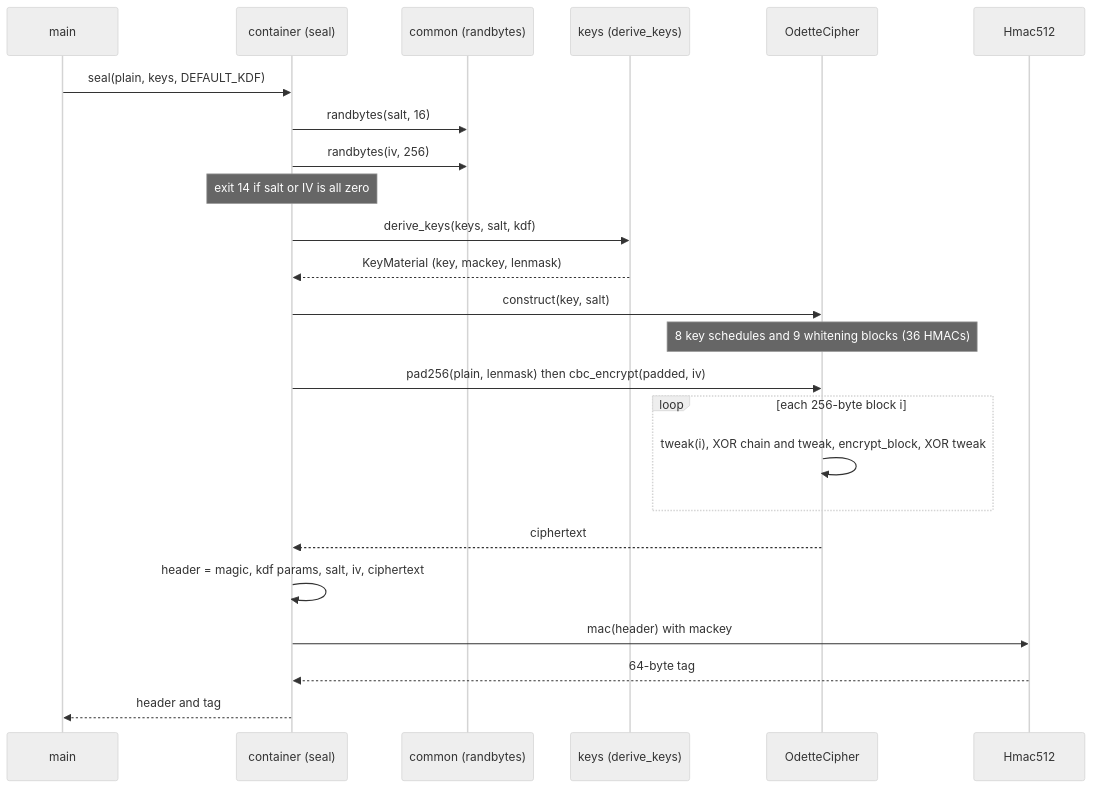
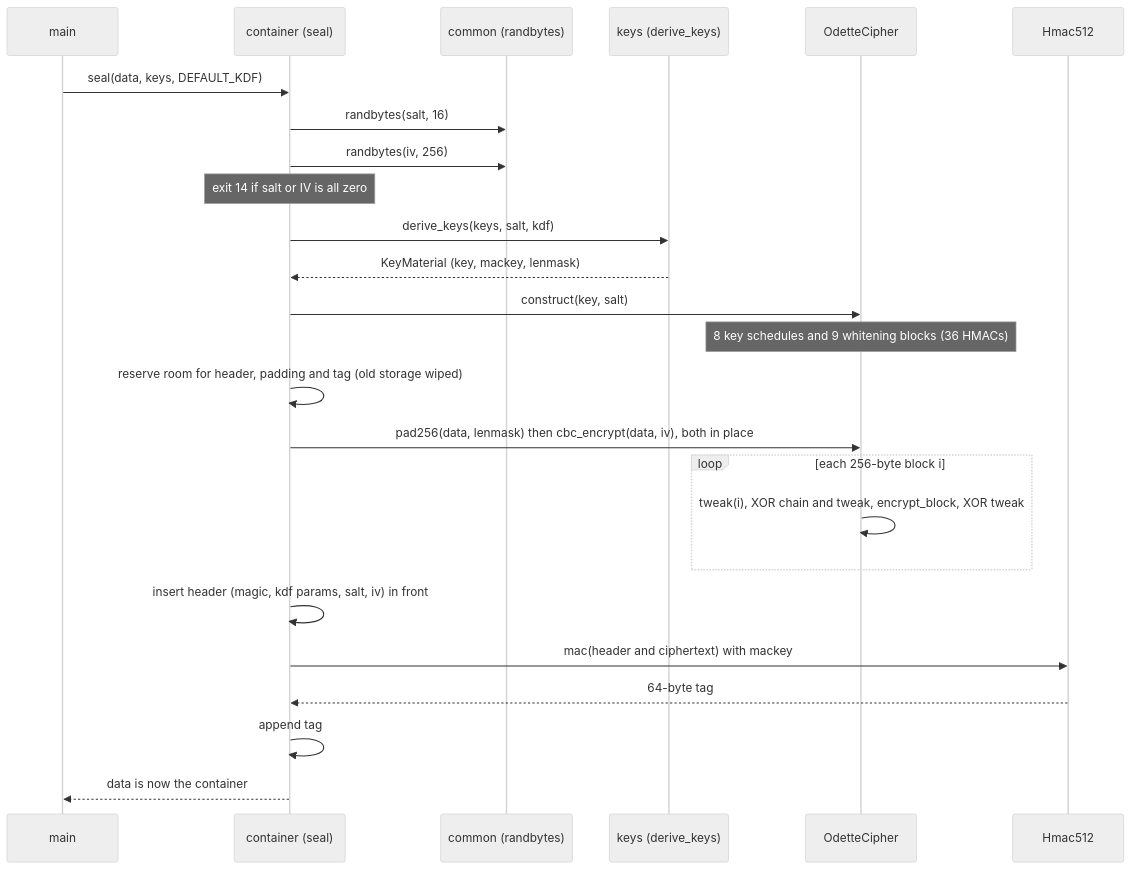
One commit to avw1ein/sillydes changed the fourth of 10 diagrams in STRUCTURE.md. Above: the diagram before and after it, drawn with Mermaid (neutral theme). The commit also changed other lines of this file and 10 other files, not shown here.

````diff
--- a/STRUCTURE.md
+++ b/STRUCTURE.md
@@ -202,27 +202,28 @@
 ```mermaid
 sequenceDiagram
     participant M as main
     participant C as container (seal)
     participant R as common (randbytes)
     participant K as keys (derive_keys)
     participant O as OdetteCipher
     participant H as Hmac512
 
-    M->>C: seal(plain, keys, DEFAULT_KDF)
+    M->>C: seal(data, keys, DEFAULT_KDF)
     C->>R: randbytes(salt, 16)
     C->>R: randbytes(iv, 256)
     Note over C: exit 14 if salt or IV is all zero
     C->>K: derive_keys(keys, salt, kdf)
     K-->>C: KeyMaterial (key, mackey, lenmask)
     C->>O: construct(key, salt)
     Note over O: 8 key schedules and 9 whitening blocks (36 HMACs)
-    C->>O: pad256(plain, lenmask) then cbc_encrypt(padded, iv)
+    C->>C: reserve room for header, padding and tag (old storage wiped)
+    C->>O: pad256(data, lenmask) then cbc_encrypt(data, iv), both in place
     loop each 256-byte block i
         O->>O: tweak(i), XOR chain and tweak, encrypt_block, XOR tweak
     end
-    O-->>C: ciphertext
-    C->>C: header = magic, kdf params, salt, iv, ciphertext
-    C->>H: mac(header) with mackey
+    C->>C: insert header (magic, kdf params, salt, iv) in front
+    C->>H: mac(header and ciphertext) with mackey
     H-->>C: 64-byte tag
-    C-->>M: header and tag
+    C->>C: append tag
+    C-->>M: data is now the container
 ```
````
